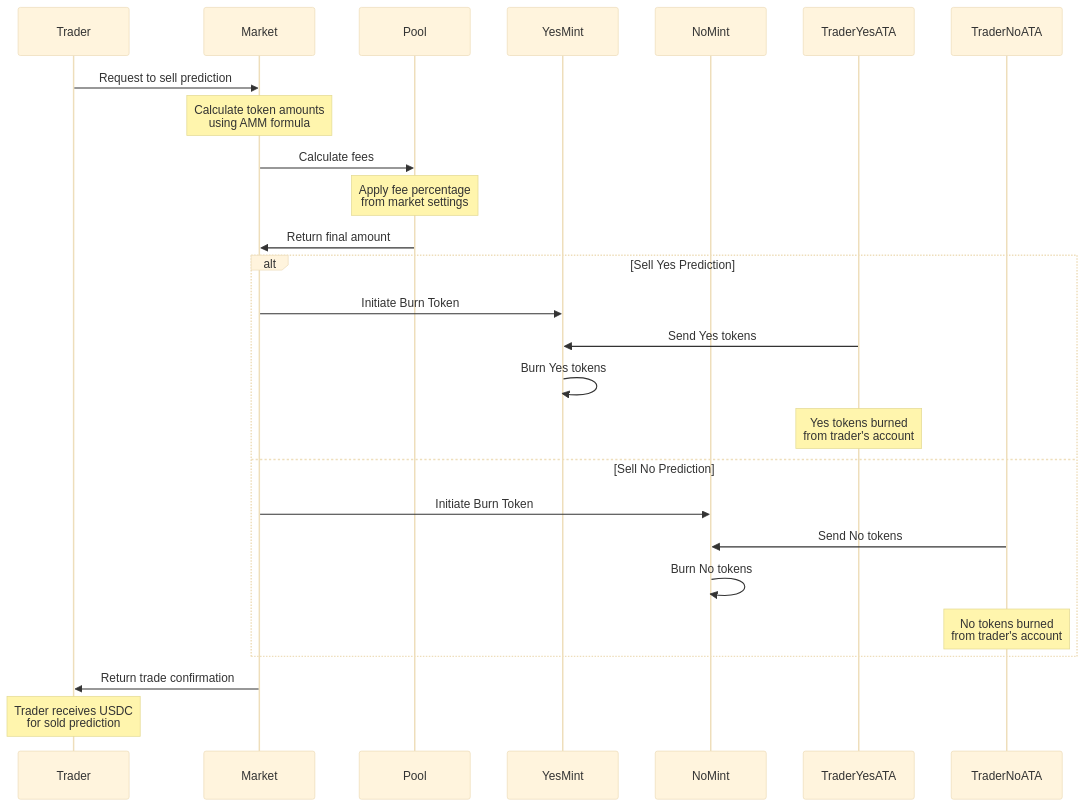
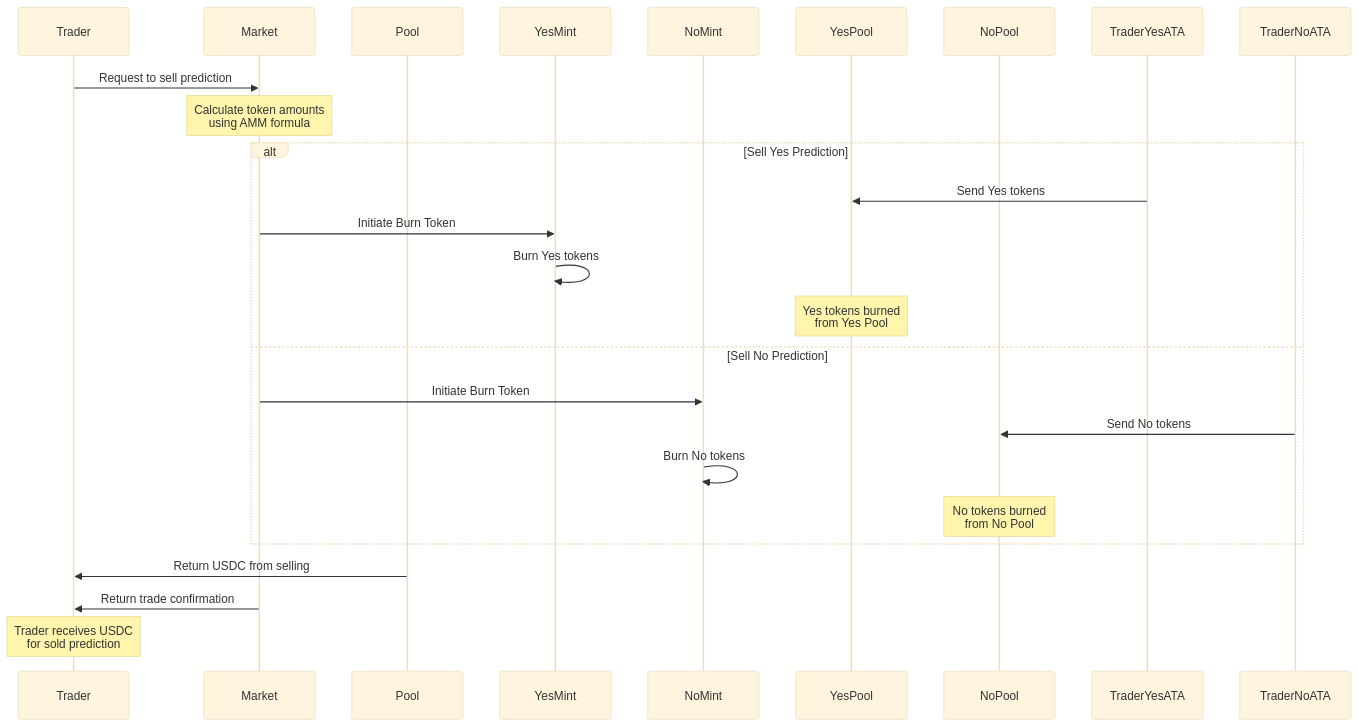
One commit to solana-turbin3/Q1_25_Builder_santy311 changed the fifth of 6 diagrams in capstone/architecture.md. Above: the diagram before and after it, drawn with Mermaid (base theme). The commit also changed other lines of this file, not shown here.

````diff
--- a/capstone/architecture.md
+++ b/capstone/architecture.md
@@ -225,33 +227,32 @@
 ```mermaid
 sequenceDiagram
     participant Trader
     participant Market
     participant Pool
     participant YesMint
     participant NoMint
+    participant YesPool
+    participant NoPool
     participant TraderYesATA
     participant TraderNoATA
 
     Trader->>Market: Request to sell prediction
     Note over Market: Calculate token amounts<br/>using AMM formula
 
-    Market->>Pool: Calculate fees
-    Note over Pool: Apply fee percentage<br/>from market settings
-
-    Pool->>Market: Return final amount
 
     alt Sell Yes Prediction
+        TraderYesATA->>YesPool: Send Yes tokens
         Market->>YesMint: Initiate Burn Token
-        TraderYesATA->>YesMint: Send Yes tokens
         YesMint->>YesMint: Burn Yes tokens
-        Note over TraderYesATA: Yes tokens burned<br/>from trader's account
+        Note over YesPool: Yes tokens burned<br/>from Yes Pool
     else Sell No Prediction
         Market->>NoMint: Initiate Burn Token
-        TraderNoATA->>NoMint: Send No tokens
+        TraderNoATA->>NoPool: Send No tokens
         NoMint->>NoMint: Burn No tokens
-        Note over TraderNoATA: No tokens burned<br/>from trader's account
+        Note over NoPool: No tokens burned<br/>from No Pool
     end
 
+    Pool ->> Trader: Return USDC from selling
     Market->>Trader: Return trade confirmation
     Note over Trader: Trader receives USDC<br/>for sold prediction
 ```
````
